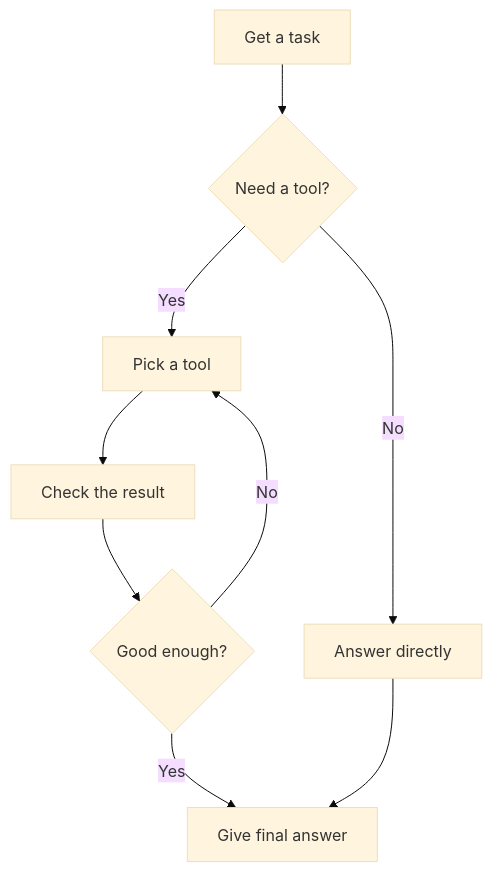
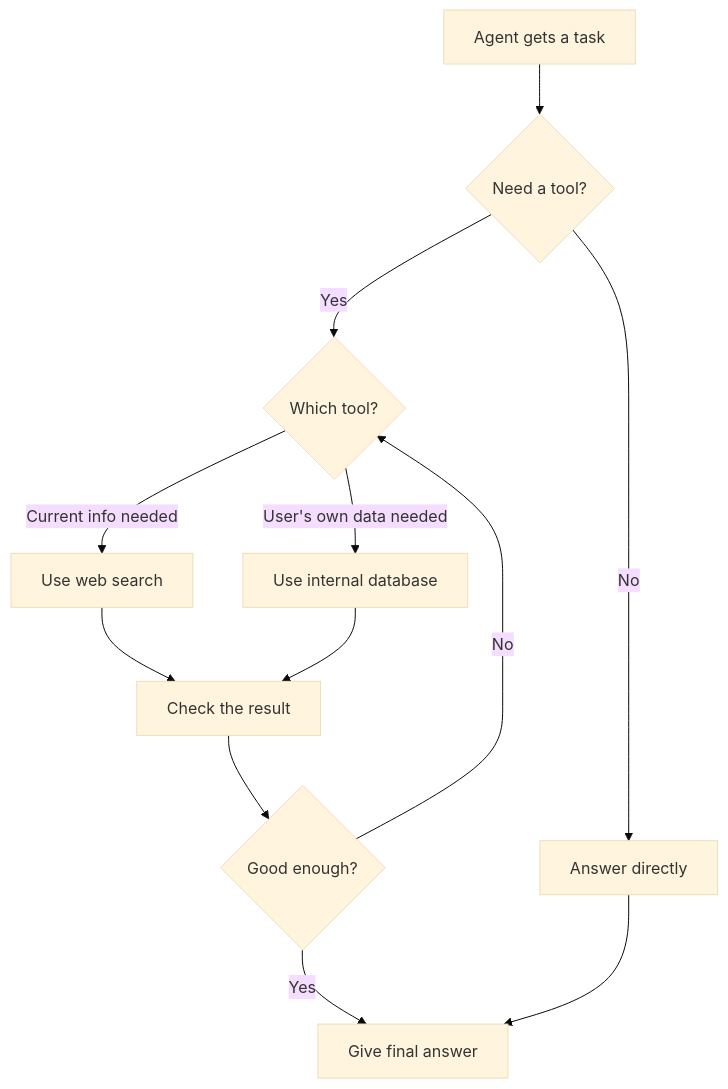
Before and after one commit to shravyapoojary6002/JourneyBuddy-curriculum: the diagram in 12-agentic-ai/README.md, drawn with Mermaid (base theme). The commit also changed other lines of this file and 2 other files, not shown here.

````diff
--- a/12-agentic-ai/README.md
+++ b/12-agentic-ai/README.md
@@ -8,11 +8,14 @@
 ```mermaid
 flowchart TD
-    A[Get a task] --> B{Need a tool?}
+    A[Agent gets a task] --> B{Need a tool?}
     B -- No --> C[Answer directly]
-    B -- Yes --> D[Pick a tool]
-    D --> E[Check the result]
-    E --> F{Good enough?}
-    F -- No --> D
-    F -- Yes --> G[Give final answer]
-    C --> G
+    B -- Yes --> D{Which tool?}
+    D -- Current info needed --> E[Use web search]
+    D -- User's own data needed --> F[Use internal database]
+    E --> G[Check the result]
+    F --> G
+    G --> H{Good enough?}
+    H -- No --> D
+    H -- Yes --> I[Give final answer]
+    C --> I
 ```
````
